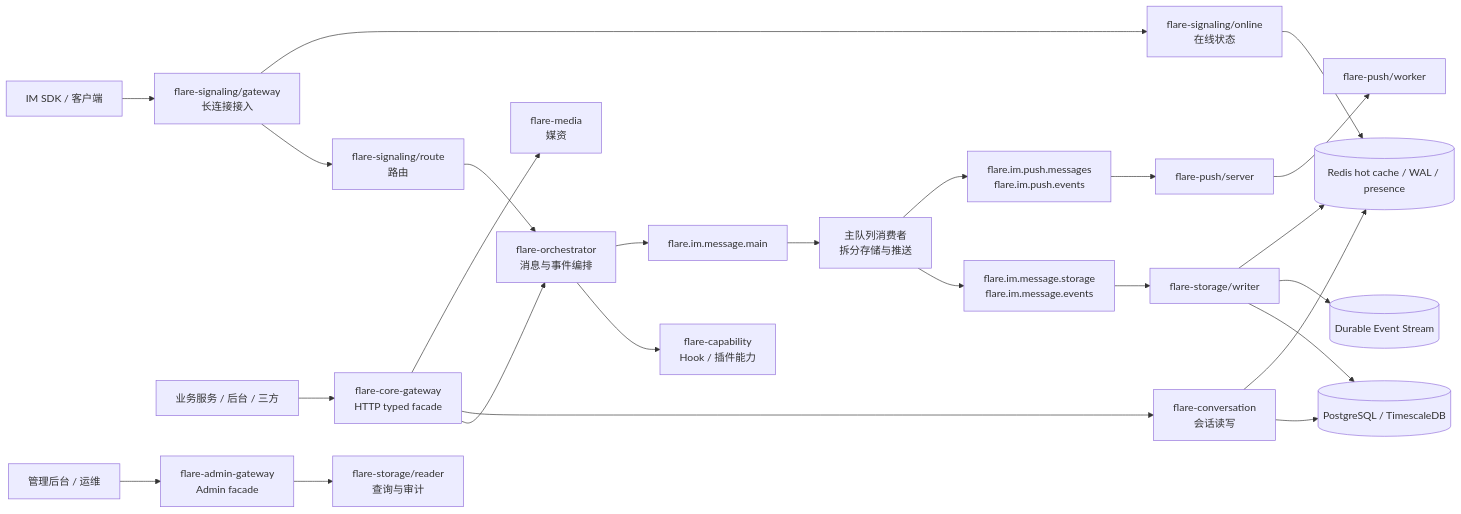
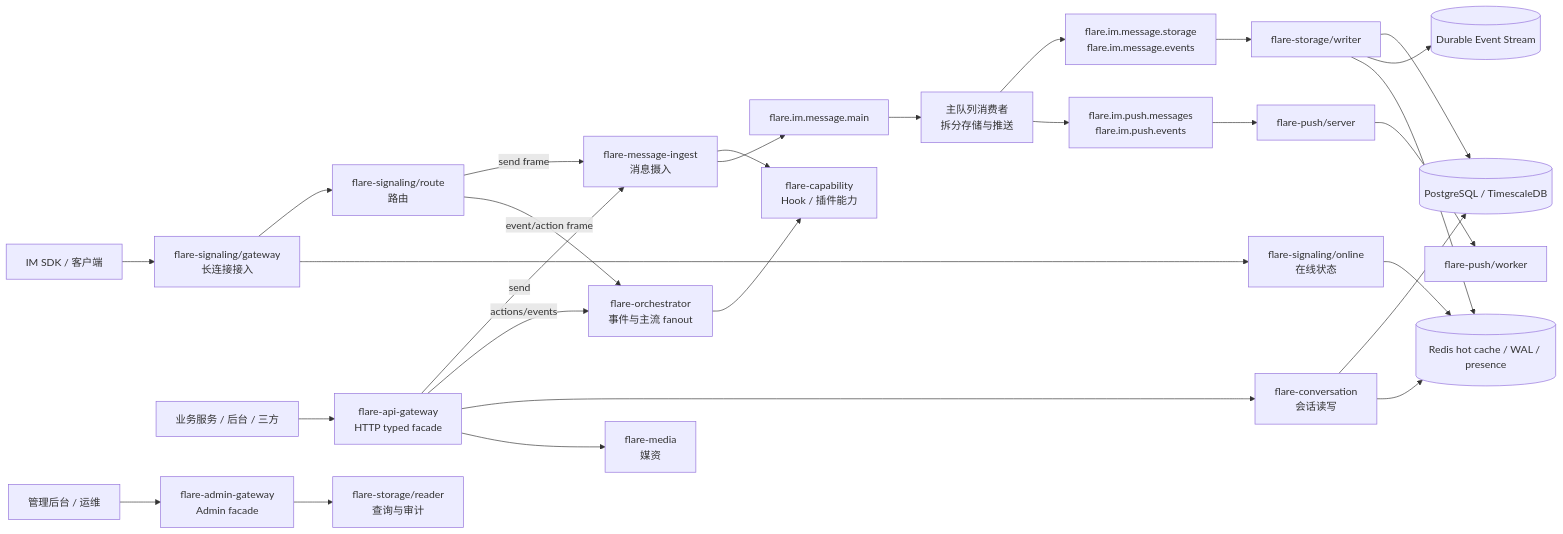
One commit to flare-im/flare-im-core-server changed the first of 2 diagrams in README.md. Above: the diagram before and after it, drawn with Mermaid. The commit also changed other lines of this file and 555 other files, not shown here.

Commit message:
chore(im-core): checkpoint architecture boundary refactor

````diff
--- a/README.md
+++ b/README.md
@@ -28,29 +28,32 @@
 ```mermaid
 flowchart LR
     SDK["IM SDK / 客户端"] --> SGW["flare-signaling/gateway<br/>长连接接入"]
-    ThirdParty["业务服务 / 后台 / 三方"] --> CGW["flare-core-gateway<br/>HTTP typed facade"]
+    ThirdParty["业务服务 / 后台 / 三方"] --> CGW["flare-api-gateway<br/>HTTP typed facade"]
     Admin["管理后台 / 运维"] --> AGW["flare-admin-gateway<br/>Admin facade"]
 
     SGW --> Route["flare-signaling/route<br/>路由"]
     SGW --> Online["flare-signaling/online<br/>在线状态"]
-    CGW --> Orchestrator["flare-orchestrator<br/>消息与事件编排"]
+    CGW -- "send" --> Ingest["flare-message-ingest<br/>消息摄入"]
+    CGW -- "actions/events" --> Orchestrator["flare-orchestrator<br/>事件与主流 fanout"]
     CGW --> Conversation["flare-conversation<br/>会话读写"]
     CGW --> Media["flare-media<br/>媒资"]
     AGW --> StorageReader["flare-storage/reader<br/>查询与审计"]
 
-    Route --> Orchestrator
-    Orchestrator --> Capability["flare-capability<br/>Hook / 插件能力"]
-    Orchestrator --> MQMain["flare.im.message.main"]
+    Route -- "send frame" --> Ingest
+    Route -- "event/action frame" --> Orchestrator
+    Ingest --> Capability["flare-capability<br/>Hook / 插件能力"]
+    Orchestrator --> Capability
+    Ingest --> MQMain["flare.im.message.main"]
     MQMain --> OrchestratorFanout["主队列消费者<br/>拆分存储与推送"]
     OrchestratorFanout --> MQStorage["flare.im.message.storage<br/>flare.im.message.events"]
     OrchestratorFanout --> MQPush["flare.im.push.messages<br/>flare.im.push.events"]
     MQStorage --> StorageWriter["flare-storage/writer"]
     MQPush --> PushServer["flare-push/server"]
     PushServer --> PushWorker["flare-push/worker"]
     StorageWriter --> Postgres[("PostgreSQL / TimescaleDB")]
     StorageWriter --> EventStream[("Durable Event Stream")]
     StorageWriter --> Redis[("Redis hot cache / WAL / presence")]
     Conversation --> Postgres
     Conversation --> Redis
     Online --> Redis
 ```
````
